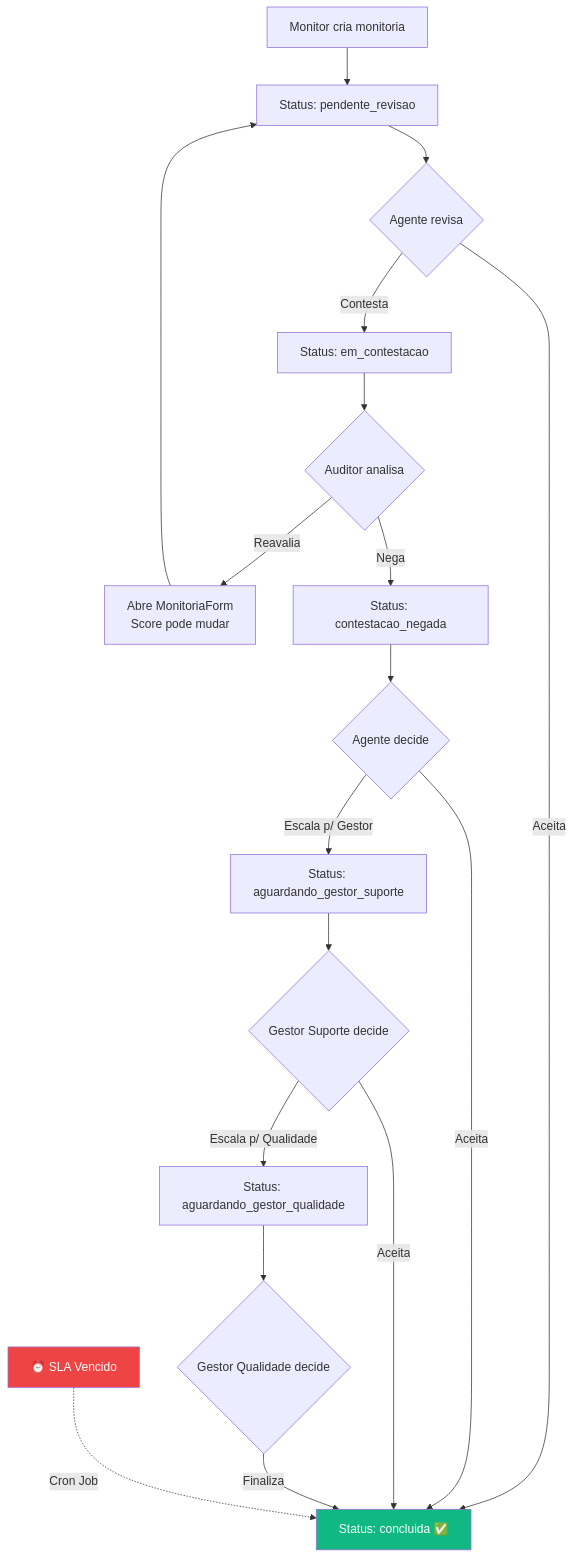
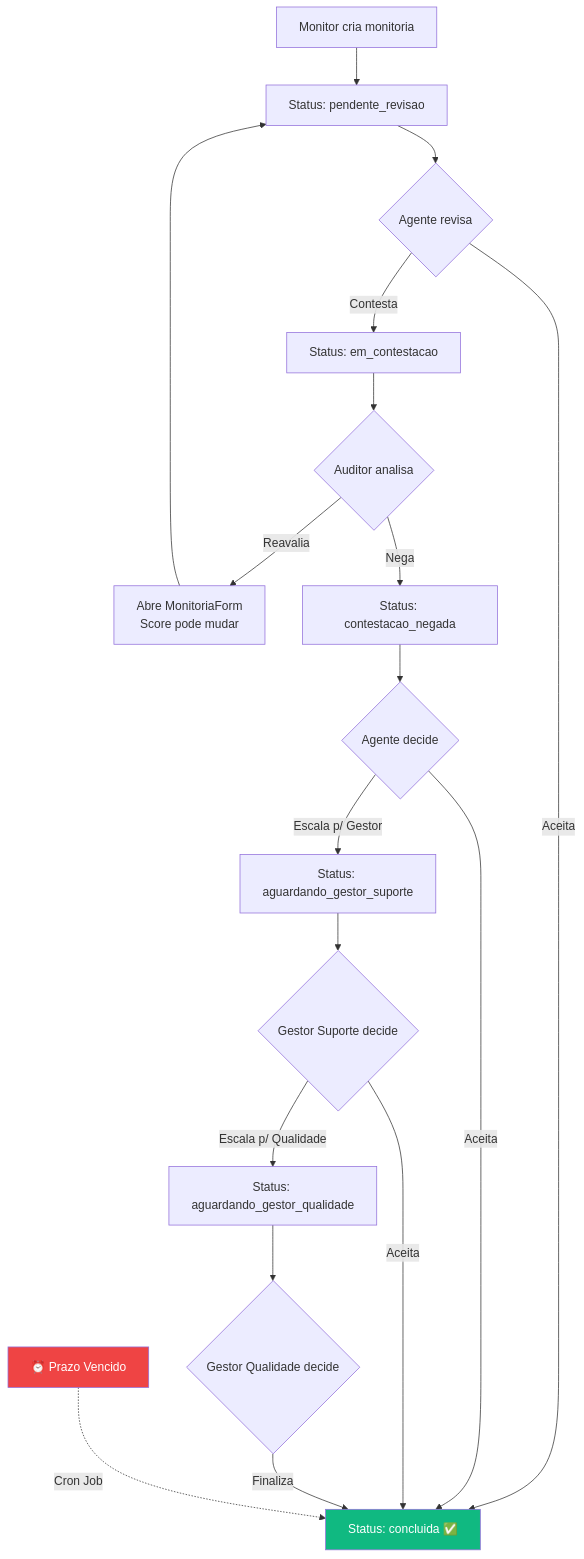
One commit to allanscode/QualiTrack changed the diagram in docs/flows/monitoria.md. Above: the diagram before and after it, drawn with Mermaid. The commit also changed other lines of this file and 60 other files, not shown here.

````diff
--- a/docs/flows/monitoria.md
+++ b/docs/flows/monitoria.md
@@ -9,29 +9,29 @@
 ```mermaid
 flowchart TD
     A["Monitor cria monitoria"] --> B["Status: pendente_revisao"]
     B --> C{"Agente revisa"}
     
     C -->|"Aceita"| D["Status: concluida ✅"]
     C -->|"Contesta"| E["Status: em_contestacao"]
     
     E --> F{"Auditor analisa"}
     F -->|"Reavalia"| G["Abre MonitoriaForm<br/>Score pode mudar"]
     G --> B
     F -->|"Nega"| H["Status: contestacao_negada"]
     
     H --> I{"Agente decide"}
     I -->|"Aceita"| D
     I -->|"Escala p/ Gestor"| J["Status: aguardando_gestor_suporte"]
     
     J --> K{"Gestor Suporte decide"}
     K -->|"Aceita"| D
     K -->|"Escala p/ Qualidade"| L["Status: aguardando_gestor_qualidade"]
     
     L --> M{"Gestor Qualidade decide"}
     M -->|"Finaliza"| D
     
-    N["⏰ SLA Vencido"] -.->|"Cron Job"| D
+    N["⏰ Prazo Vencido"] -.->|"Cron Job"| D
     
     style D fill:#10B981,color:white
     style N fill:#EF4444,color:white
 ```
````
